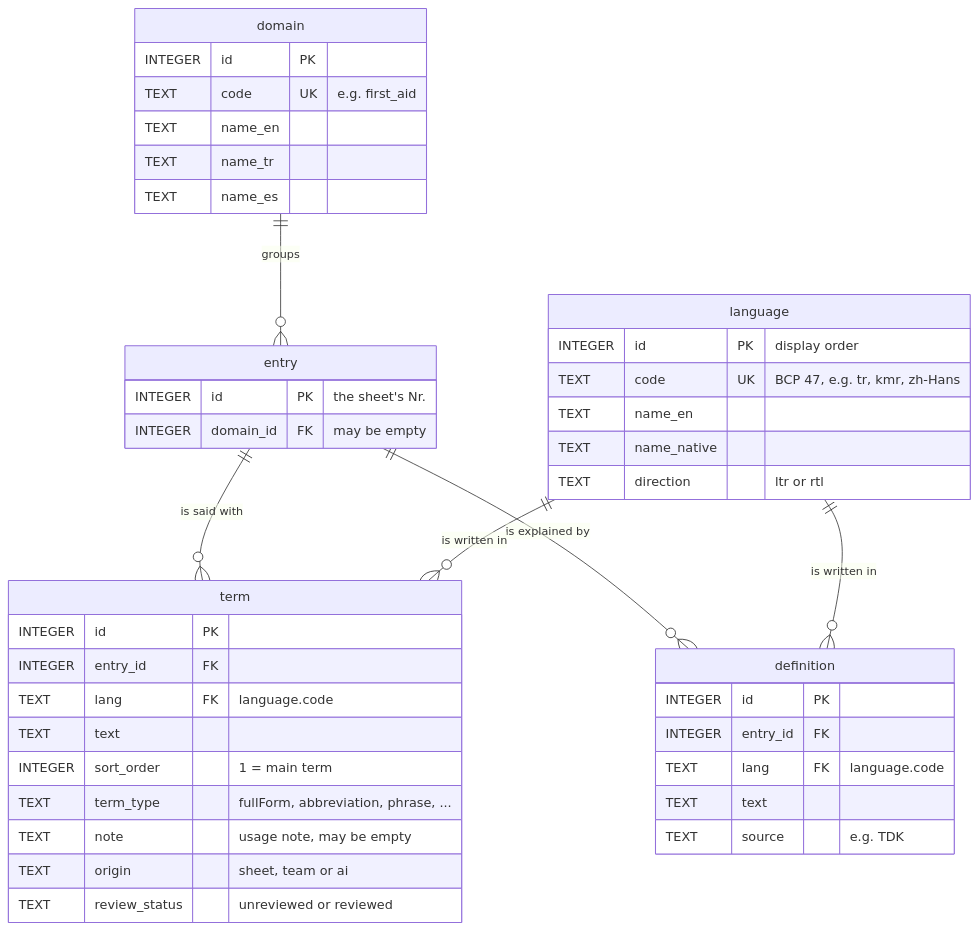
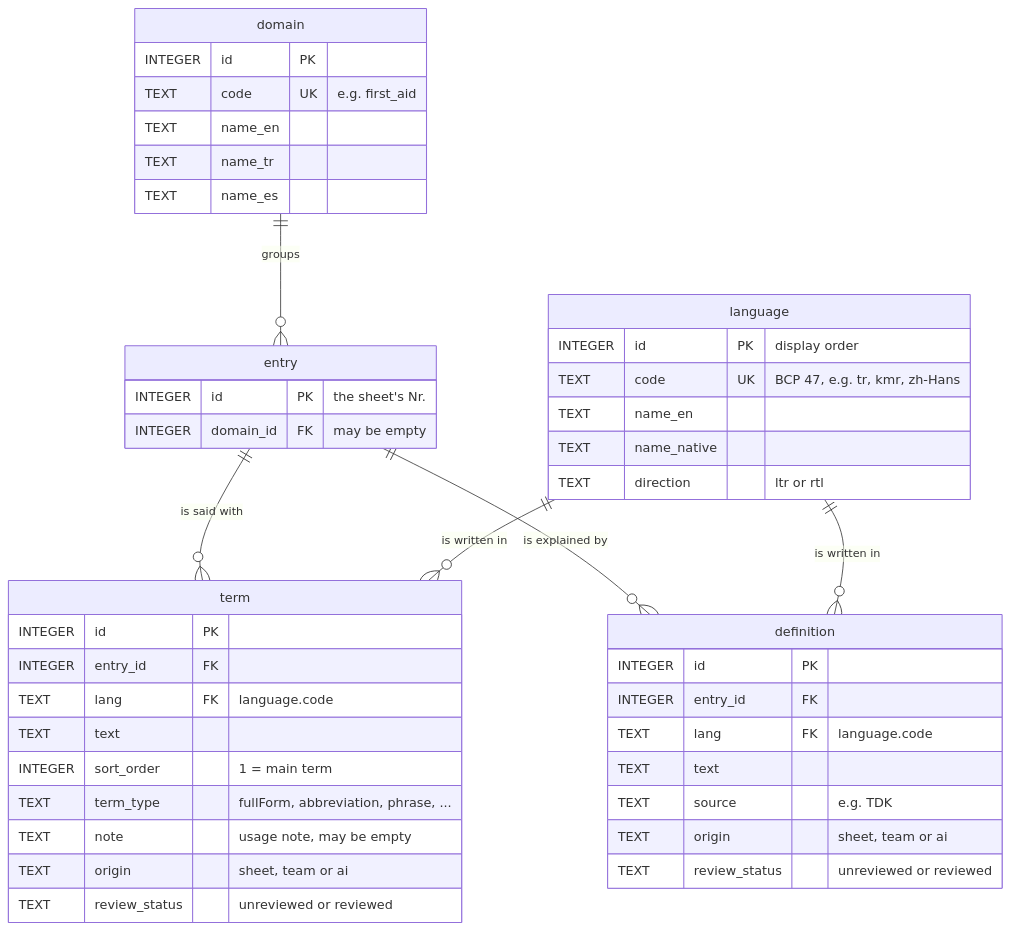
Before and after one commit to ysfztpp/TermQuake: the diagram in docs/DATA_MODEL.md, drawn with Mermaid. The commit also changed other lines of this file and 3 other files, not shown here.

First line of the commit message:
Update the README and diagrams for the current site and data

````diff
--- a/docs/DATA_MODEL.md
+++ b/docs/DATA_MODEL.md
@@ -7,46 +7,48 @@
 ```mermaid
 erDiagram
     domain   ||--o{ entry : "groups"
     entry    ||--o{ term : "is said with"
     entry    ||--o{ definition : "is explained by"
     language ||--o{ term : "is written in"
     language ||--o{ definition : "is written in"
 
     language {
         INTEGER id PK "display order"
         TEXT code UK "BCP 47, e.g. tr, kmr, zh-Hans"
         TEXT name_en
         TEXT name_native
         TEXT direction "ltr or rtl"
     }
 
     domain {
         INTEGER id PK
         TEXT code UK "e.g. first_aid"
         TEXT name_en
         TEXT name_tr
         TEXT name_es
     }
     entry {
         INTEGER id PK "the sheet's Nr."
         INTEGER domain_id FK "may be empty"
     }
     term {
         INTEGER id PK
         INTEGER entry_id FK
         TEXT lang FK "language.code"
         TEXT text
         INTEGER sort_order "1 = main term"
         TEXT term_type "fullForm, abbreviation, phrase, ..."
         TEXT note "usage note, may be empty"
         TEXT origin "sheet, team or ai"
         TEXT review_status "unreviewed or reviewed"
     }
     definition {
         INTEGER id PK
         INTEGER entry_id FK
         TEXT lang FK "language.code"
         TEXT text
         TEXT source "e.g. TDK"
+        TEXT origin "sheet, team or ai"
+        TEXT review_status "unreviewed or reviewed"
     }
 ```
````
